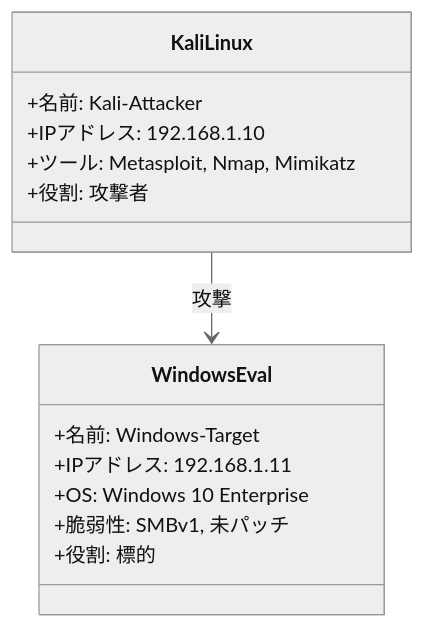
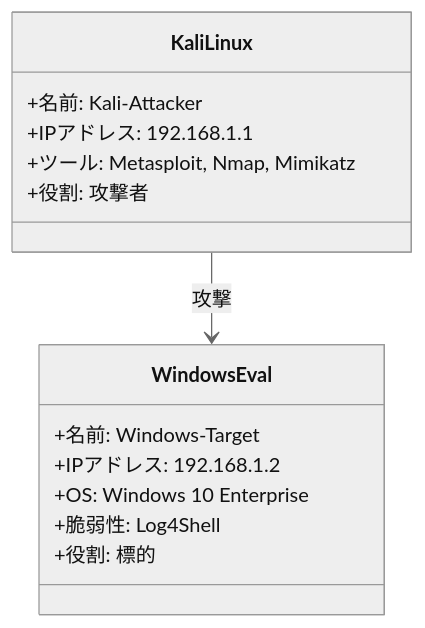
The diagram in README.md (JT-External/apt-demo-explanation), drawn with Mermaid (neutral theme) before and after one commit. The commit also changed other lines of this file, not shown here.

````diff
--- a/README.md
+++ b/README.md
@@ -3,18 +3,18 @@
 ```mermaid
 classDiagram
     class KaliLinux {
         +名前: Kali-Attacker
-        +IPアドレス: 192.168.1.10
+        +IPアドレス: 192.168.1.1
         +ツール: Metasploit, Nmap, Mimikatz
         +役割: 攻撃者
     }
     class WindowsEval {
         +名前: Windows-Target
-        +IPアドレス: 192.168.1.11
+        +IPアドレス: 192.168.1.2
         +OS: Windows 10 Enterprise
-        +脆弱性: SMBv1, 未パッチ
+        +脆弱性: Log4Shell
         +役割: 標的
     }
 
     KaliLinux --> WindowsEval : 攻撃
 ```
````
